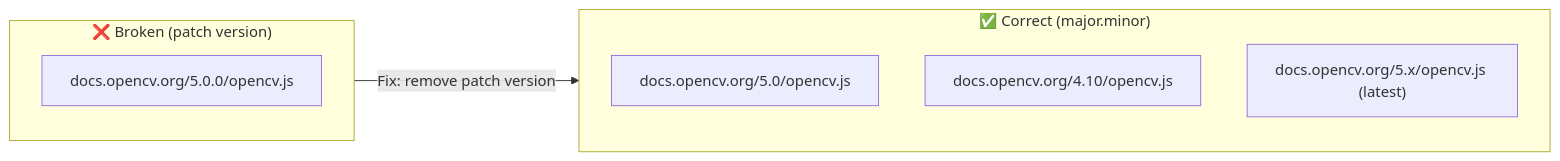
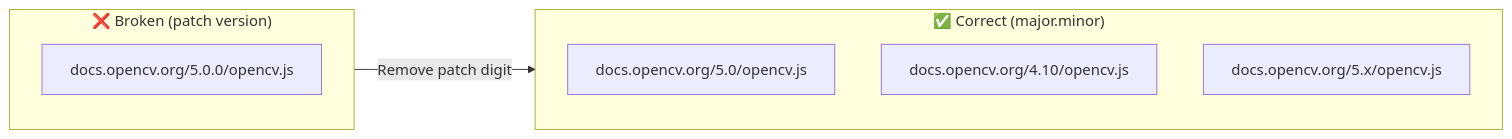
Before and after one commit to varun-projects/opencv: the fourth of 11 diagrams in FIXES_DOCUMENTATION.md, drawn with Mermaid. The commit also changed other lines of this file, not shown here.

First line of the commit message:
docs: complete documentation with all 5 PRs, flowcharts and PR descriptions

````diff
--- a/FIXES_DOCUMENTATION.md
+++ b/FIXES_DOCUMENTATION.md
@@ -136,12 +122,12 @@
 ```mermaid
 flowchart LR
-    subgraph Wrong["❌ Broken (patch version)"]
+    subgraph wrong["❌ Broken (patch version)"]
         A["docs.opencv.org/5.0.0/opencv.js"]
     end
-    subgraph Right["✅ Correct (major.minor)"]
+    subgraph correct["✅ Correct (major.minor)"]
         B["docs.opencv.org/5.0/opencv.js"]
         C["docs.opencv.org/4.10/opencv.js"]
-        D["docs.opencv.org/5.x/opencv.js (latest)"]
+        D["docs.opencv.org/5.x/opencv.js"]
     end
-    Wrong -->|"Fix: remove patch version"| Right
+    wrong -->|"Remove patch digit"| correct
 ```
````
